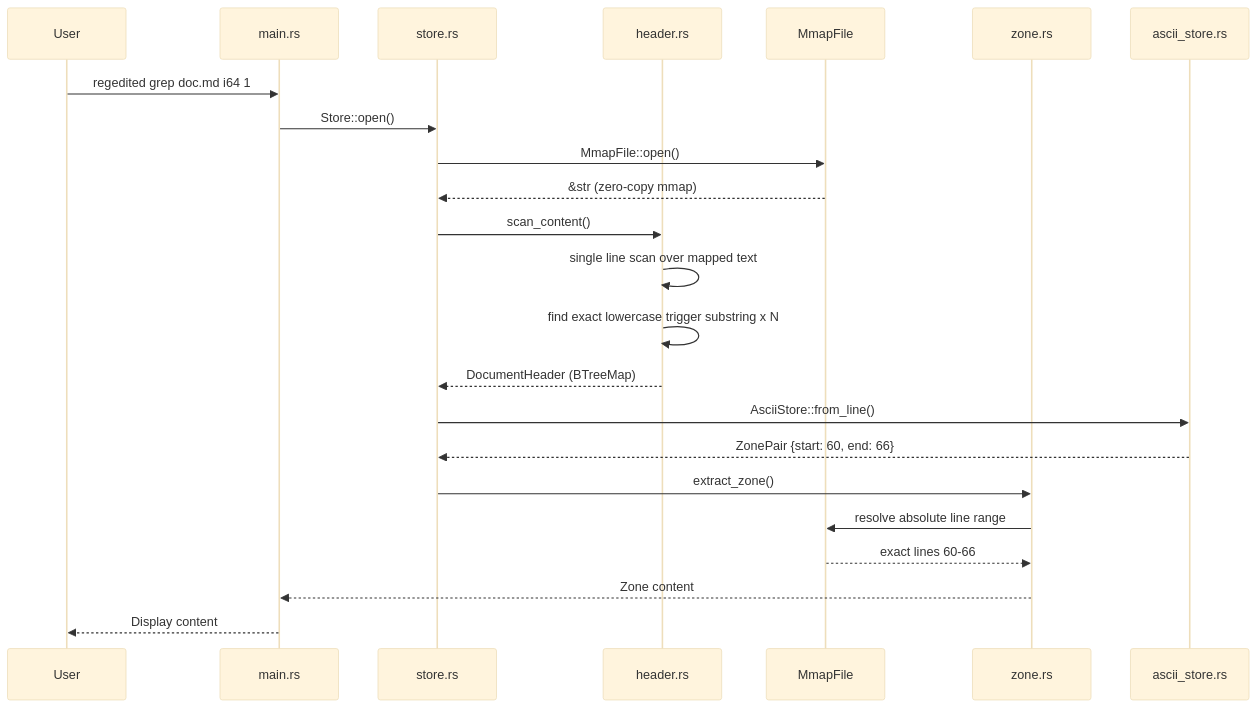
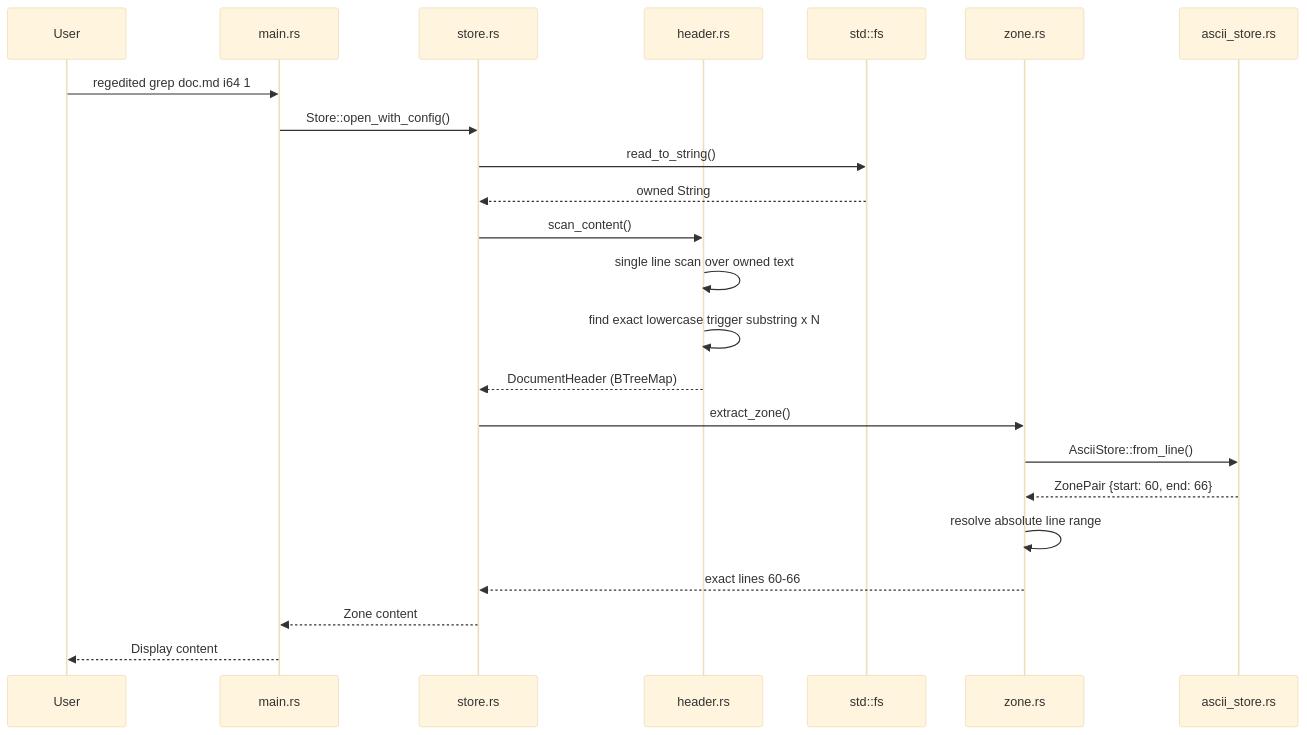
The sixth of 8 diagrams in docs/FLOWCHART.md (CommanderTurtle/regedited), drawn with Mermaid (base theme) before and after one commit. The commit also changed other lines of this file and 5 other files, not shown here.

````diff
--- a/docs/FLOWCHART.md
+++ b/docs/FLOWCHART.md
@@ -381,26 +379,26 @@
 ```mermaid
 sequenceDiagram
     participant User
     participant CLI as main.rs
     participant Store as store.rs
     participant Header as header.rs
-    participant Mmap as MmapFile
+    participant FS as std::fs
     participant Zone as zone.rs
     participant Ascii as ascii_store.rs
 
     User->>CLI: regedited grep doc.md i64 1
-    CLI->>Store: Store::open()
-    Store->>Mmap: MmapFile::open()
-    Mmap-->>Store: &str (zero-copy mmap)
+    CLI->>Store: Store::open_with_config()
+    Store->>FS: read_to_string()
+    FS-->>Store: owned String
     Store->>Header: scan_content()
-    Header->>Header: single line scan over mapped text
+    Header->>Header: single line scan over owned text
     Header->>Header: find exact lowercase trigger substring x N
     Header-->>Store: DocumentHeader (BTreeMap)
-    Store->>Ascii: AsciiStore::from_line()
-    Ascii-->>Store: ZonePair {start: 60, end: 66}
     Store->>Zone: extract_zone()
-    Zone->>Mmap: resolve absolute line range
-    Mmap-->>Zone: exact lines 60-66
-    Zone-->>CLI: Zone content
+    Zone->>Ascii: AsciiStore::from_line()
+    Ascii-->>Zone: ZonePair {start: 60, end: 66}
+    Zone->>Zone: resolve absolute line range
+    Zone-->>Store: exact lines 60-66
+    Store-->>CLI: Zone content
     CLI-->>User: Display content
 ```
````
